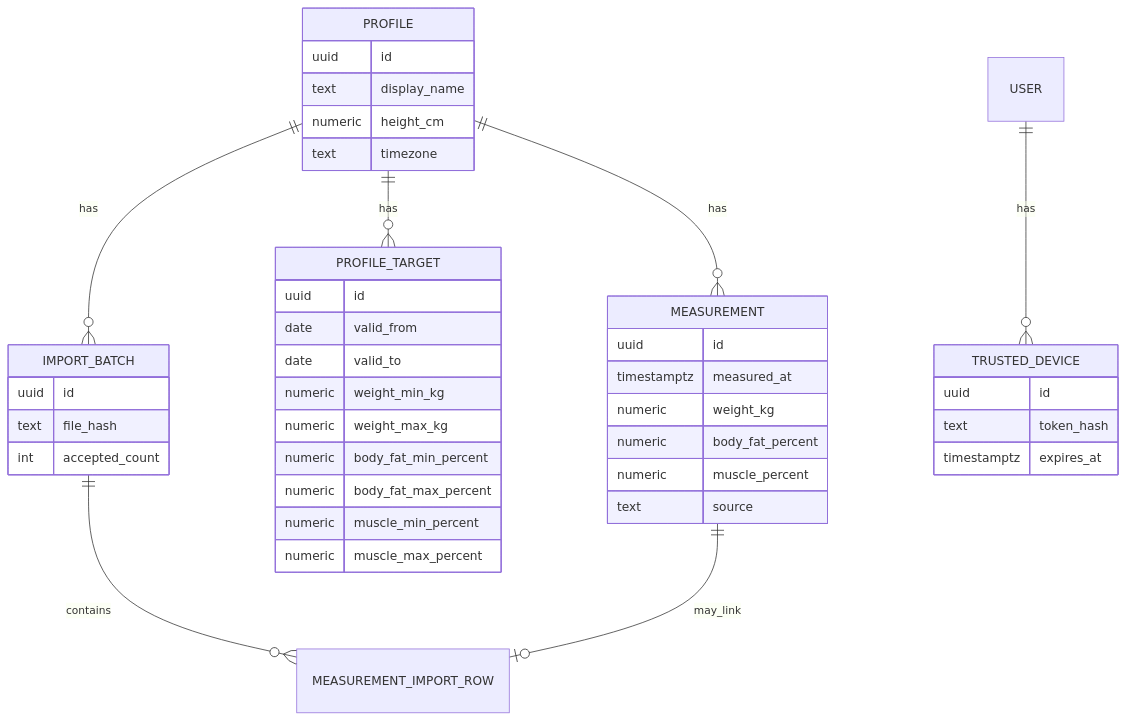
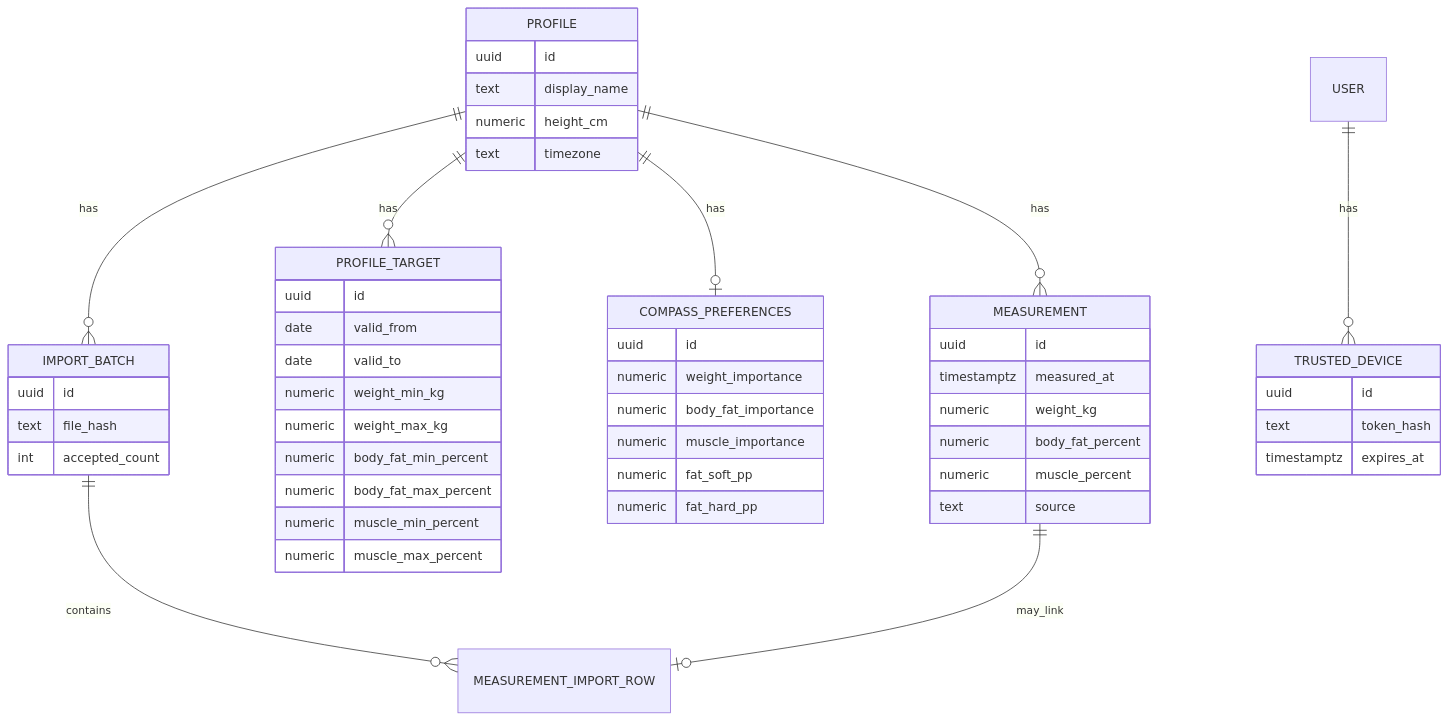
Before and after one commit to didac-crst/body-history: the fifth of 5 diagrams in docs/architecture.md, drawn with Mermaid. The commit also changed other lines of this file and 30 other files, not shown here.

First line of the commit message:
Complete Body Compass phases and refresh docs.

````diff
--- a/docs/architecture.md
+++ b/docs/architecture.md
@@ -75,45 +94,54 @@
 ```mermaid
 erDiagram
   PROFILE ||--o{ MEASUREMENT : has
   PROFILE ||--o{ PROFILE_TARGET : has
+  PROFILE ||--o| COMPASS_PREFERENCES : has
   PROFILE ||--o{ IMPORT_BATCH : has
   IMPORT_BATCH ||--o{ MEASUREMENT_IMPORT_ROW : contains
   MEASUREMENT ||--o| MEASUREMENT_IMPORT_ROW : may_link
   USER ||--o{ TRUSTED_DEVICE : has
 
   PROFILE {
     uuid id
     text display_name
     numeric height_cm
     text timezone
   }
   MEASUREMENT {
     uuid id
     timestamptz measured_at
     numeric weight_kg
     numeric body_fat_percent
     numeric muscle_percent
     text source
   }
   PROFILE_TARGET {
     uuid id
     date valid_from
     date valid_to
     numeric weight_min_kg
     numeric weight_max_kg
     numeric body_fat_min_percent
     numeric body_fat_max_percent
     numeric muscle_min_percent
     numeric muscle_max_percent
   }
+  COMPASS_PREFERENCES {
+    uuid id
+    numeric weight_importance
+    numeric body_fat_importance
+    numeric muscle_importance
+    numeric fat_soft_pp
+    numeric fat_hard_pp
+  }
   IMPORT_BATCH {
     uuid id
     text file_hash
     int accepted_count
   }
   TRUSTED_DEVICE {
     uuid id
     text token_hash
     timestamptz expires_at
   }
 ```
````
